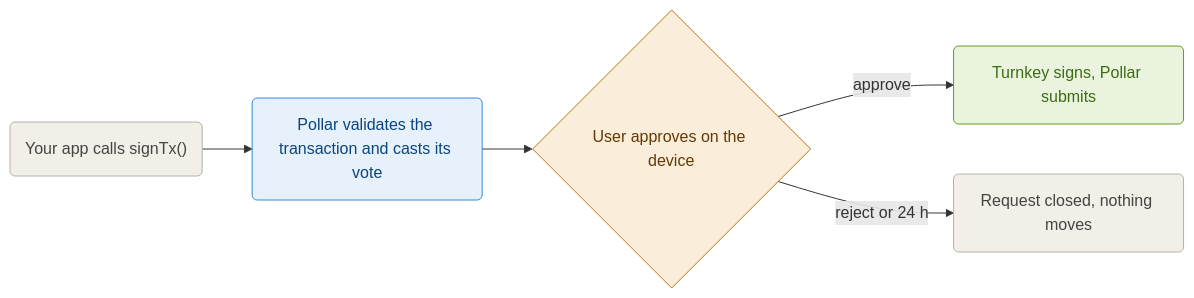
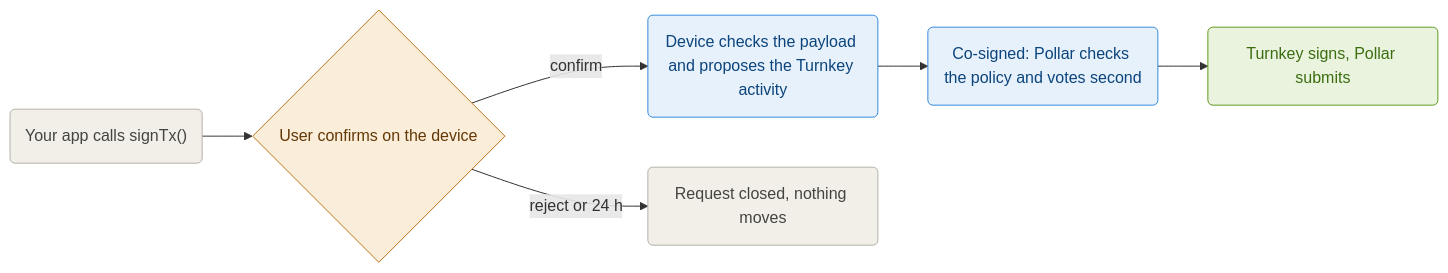
Before and after one commit to pollar-xyz/pollar-docs: the diagram in docs/(latest)/core-concepts/co-signed-wallets.md, drawn with Mermaid. The commit also changed other lines of this file and 20 other files, not shown here.

````diff
--- a/docs/(latest)/core-concepts/co-signed-wallets.md
+++ b/docs/(latest)/core-concepts/co-signed-wallets.md
@@ -28,12 +29,13 @@
 ```mermaid
 flowchart LR
-    A("Your app calls signTx()"):::neutral --> B("Pollar validates the transaction and casts its vote"):::pending
-    B --> C{"User approves on the device"}:::decision
-    C -->|"approve"| D("Turnkey signs, Pollar submits"):::ready
-    C -->|"reject or 24 h"| E("Request closed, nothing moves"):::neutral
+    A("Your app calls signTx()"):::neutral --> B{"User confirms on the device"}:::decision
+    B -->|"confirm"| C("Device checks the payload and proposes the Turnkey activity"):::pending
+    B -->|"reject or 24 h"| E("Request closed, nothing moves"):::neutral
+    C --> D("Co-signed: Pollar checks the policy and votes second"):::pending
+    D --> F("Turnkey signs, Pollar submits"):::ready
 
     classDef neutral fill:#f1efe8,stroke:#b4b2a9,color:#444441
     classDef decision fill:#faeeda,stroke:#ba7517,color:#633806
     classDef ready fill:#eaf3de,stroke:#639922,color:#3b6d11
     classDef pending fill:#e6f1fb,stroke:#378add,color:#0c447c
 ```
````
